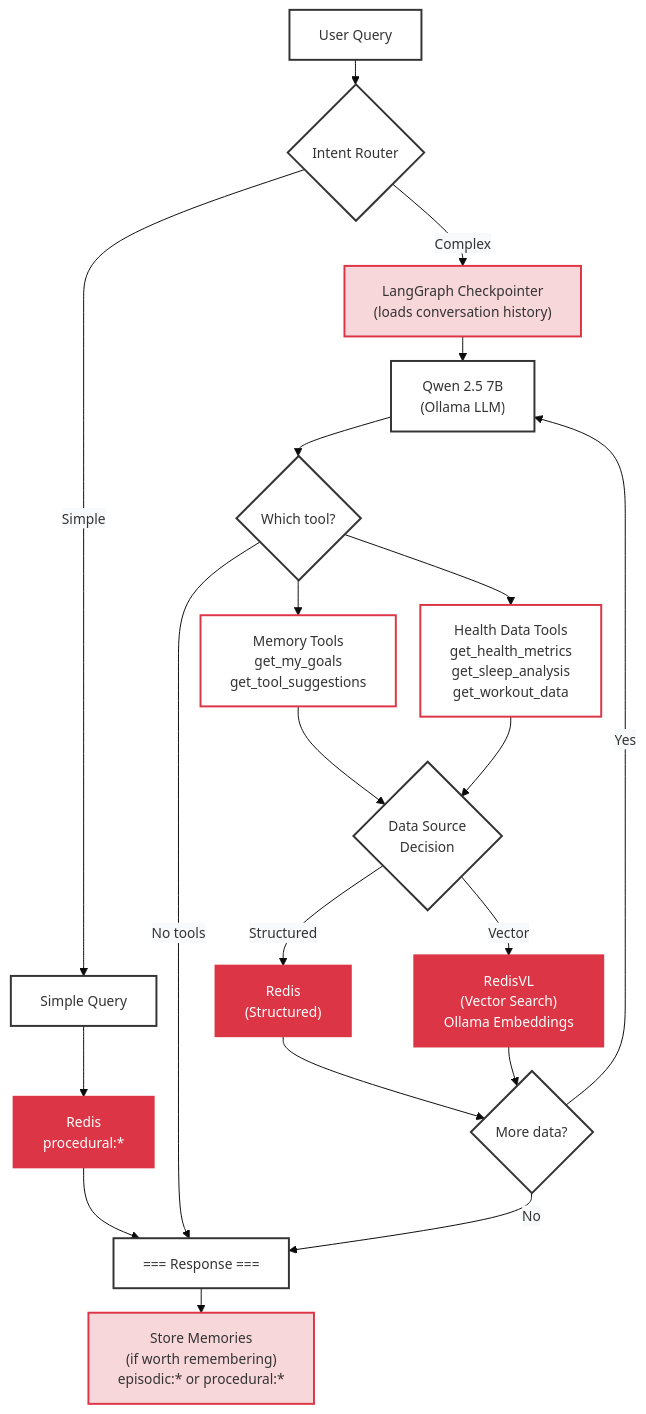
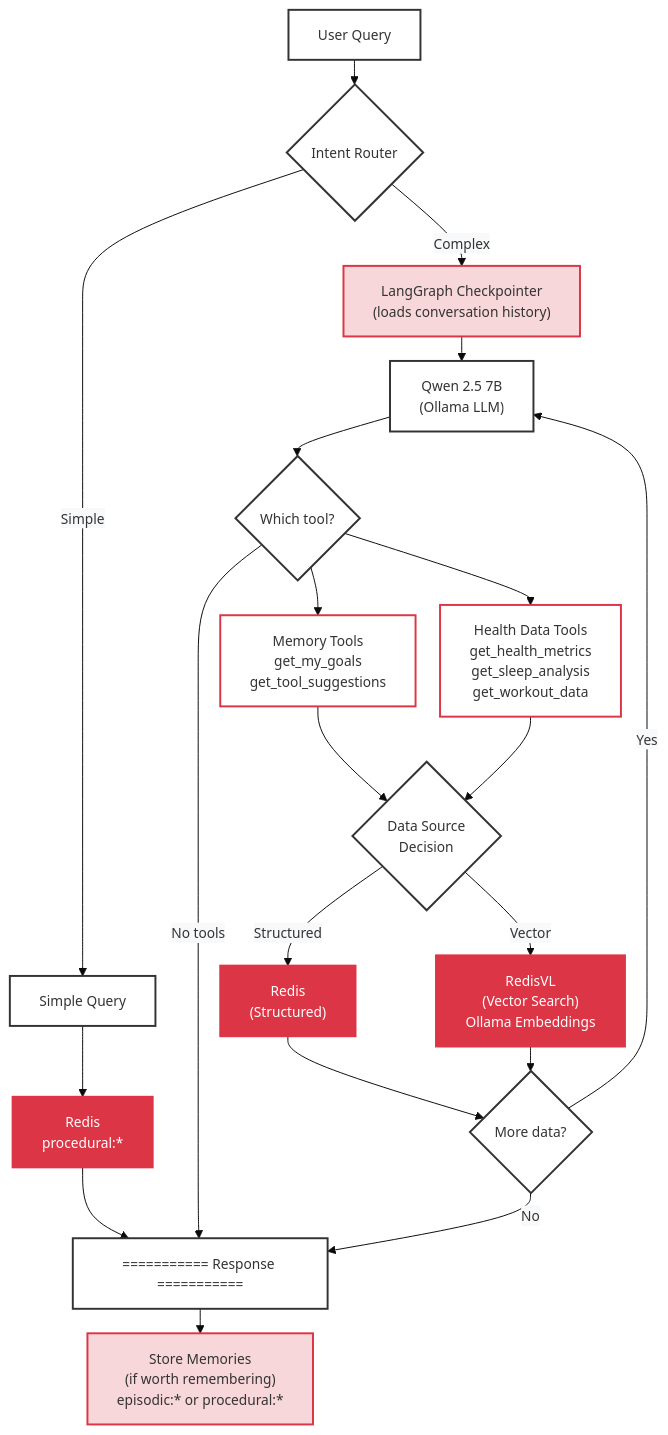
Before and after one commit to AllieRays/redis-wellness: the second of 2 diagrams in docs/STATEFUL_AGENT.md, drawn with Mermaid.

Commit message:
Update terminology: replace 'goal CRUD' with 'simple queries' throughout docs

````diff
--- a/docs/STATEFUL_AGENT.md
+++ b/docs/STATEFUL_AGENT.md
@@ -90,53 +90,53 @@
 ```mermaid
 %%{init: {'theme':'base', 'themeVariables': { 'fontSize':'14px', 'edgeLabelBackground':'#f8f9fa'}, 'flowchart': {'nodeSpacing': 25, 'rankSpacing': 25}}}%%
 flowchart TB
     Query["User Query"]
     Router{"Intent Router"}
     GoalOp["Simple Query"]
     GoalRedis["Redis<br/>procedural:*"]
     Memory["LangGraph Checkpointer<br/>(loads conversation history)"]
     LLM["Qwen 2.5 7B<br/>(Ollama LLM)"]
     Decision{"Which tool?"}
     MemoryTools["Memory Tools<br/>get_my_goals<br/>get_tool_suggestions"]
     HealthTools["Health Data Tools<br/>get_health_metrics<br/>get_sleep_analysis<br/>get_workout_data"]
     DataSource{"Data Source<br/>Decision"}
     RedisStructured["Redis<br/>(Structured)"]
     RedisVector["RedisVL<br/>(Vector Search)<br/>Ollama Embeddings"]
     Loop{"More data?"}
     Store["Store Memories<br/>(if worth remembering)<br/>episodic:* or procedural:*"]
-    Response["=== Response ==="]
+    Response["=========== Response ==========="]
     Query --> Router
     Router -->|"Simple"| GoalOp
     Router -->|"Complex"| Memory
     GoalOp --> GoalRedis
     GoalRedis --> Response
     Memory --> LLM
     LLM --> Decision
     Decision --> MemoryTools
     Decision --> HealthTools
     Decision -->|No tools| Response
     MemoryTools --> DataSource
     HealthTools --> DataSource
     DataSource -->|Structured| RedisStructured
     DataSource -->|Vector| RedisVector
     RedisStructured --> Loop
     RedisVector --> Loop
     Loop -->|Yes| LLM
     Loop -->|No| Response
     Response --> Store
     style Query fill:#fff,stroke:#333,stroke-width:2px
     style Router fill:#fff,stroke:#333,stroke-width:2px
     style GoalOp fill:#fff,stroke:#333,stroke-width:2px
     style GoalRedis fill:#dc3545,stroke:#dc3545,stroke-width:2px,color:#fff
     style Memory fill:#f8d7da,stroke:#dc3545,stroke-width:2px
     style LLM fill:#fff,stroke:#333,stroke-width:2px
     style Decision fill:#fff,stroke:#333,stroke-width:2px
     style MemoryTools fill:#fff,stroke:#dc3545,stroke-width:2px
     style HealthTools fill:#fff,stroke:#dc3545,stroke-width:2px
     style DataSource fill:#fff,stroke:#333,stroke-width:2px
     style RedisStructured fill:#dc3545,stroke:#dc3545,stroke-width:2px,color:#fff
     style RedisVector fill:#dc3545,stroke:#dc3545,stroke-width:2px,color:#fff
     style Loop fill:#fff,stroke:#333,stroke-width:2px
     style Store fill:#f8d7da,stroke:#dc3545,stroke-width:2px
     style Response fill:#fff,stroke:#333,stroke-width:2px,min-width:500px
 ```
````
